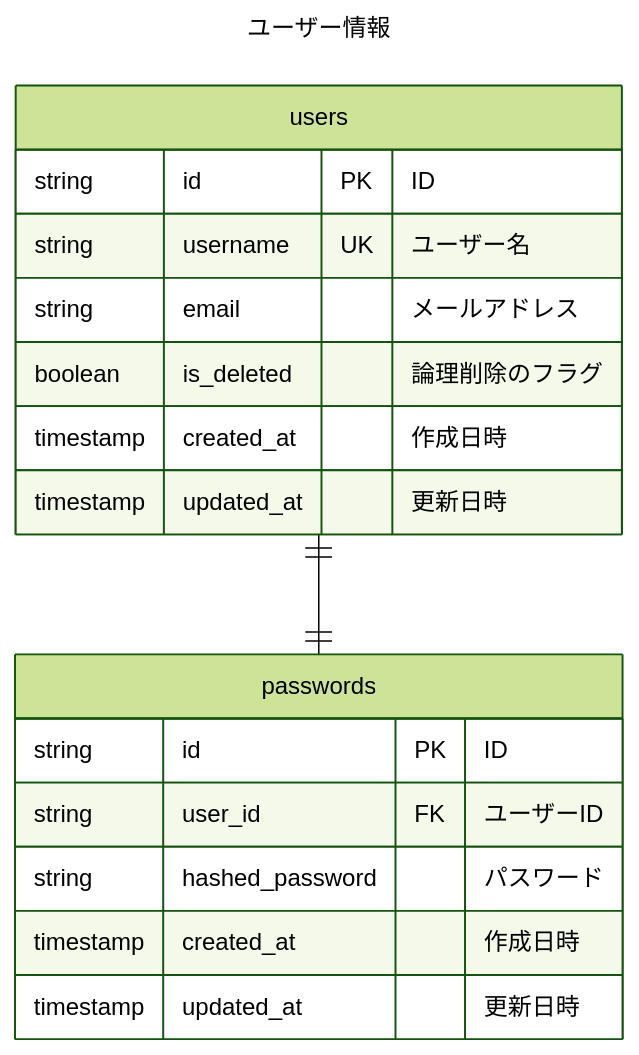
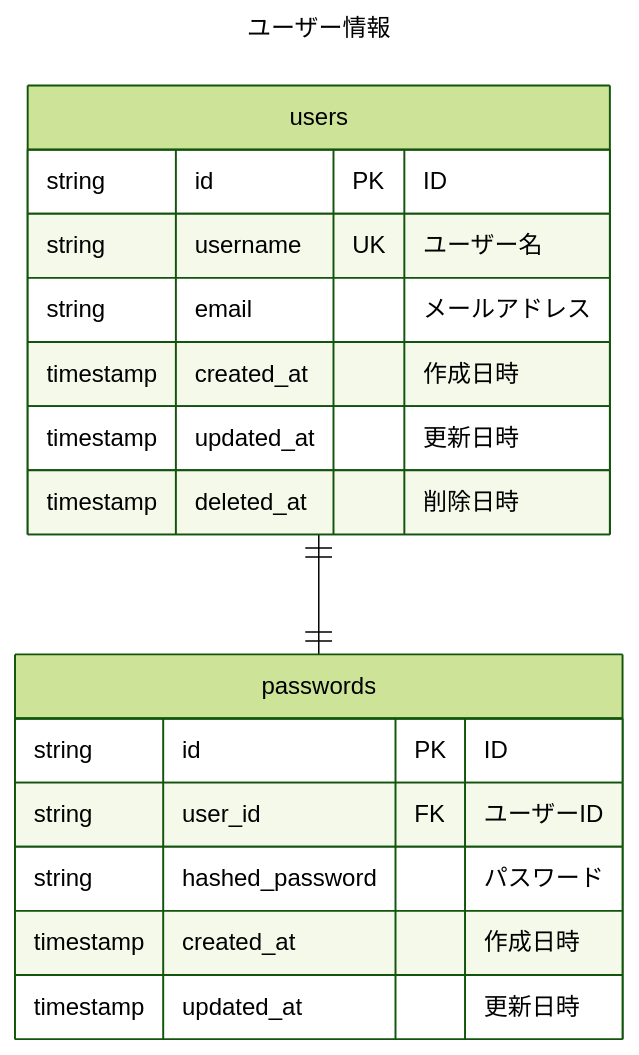
The first of 2 diagrams in docs/database.md (minusno0708/user-authorization-api), drawn with Mermaid (forest theme) before and after one commit. The commit also changed 1 other file, not shown here.

Commit message:
chore: userの論理削除の要素をtimestampに変更

````diff
--- a/docs/database.md
+++ b/docs/database.md
@@ -5,24 +5,24 @@
 ``` mermaid
 ---
 title: ユーザー情報
 ---
 erDiagram
     users ||--|| passwords: ""
 
     users {
         string id PK "ID"
         string username UK "ユーザー名"
         string email "メールアドレス"
-        boolean is_deleted "論理削除のフラグ"
         timestamp created_at "作成日時"
         timestamp updated_at "更新日時"
+        timestamp deleted_at "削除日時"
     }
 
     passwords {
         string id PK "ID"
         string user_id FK "ユーザーID"
         string hashed_password "パスワード"
         timestamp created_at "作成日時"
         timestamp updated_at "更新日時"
     }
 ```
````
